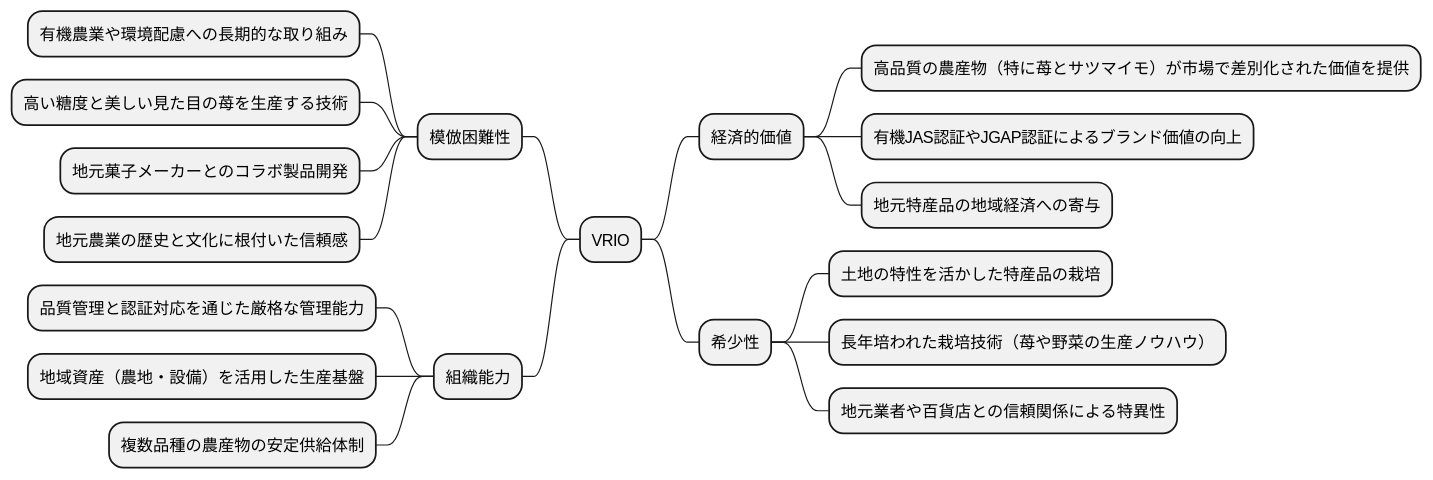
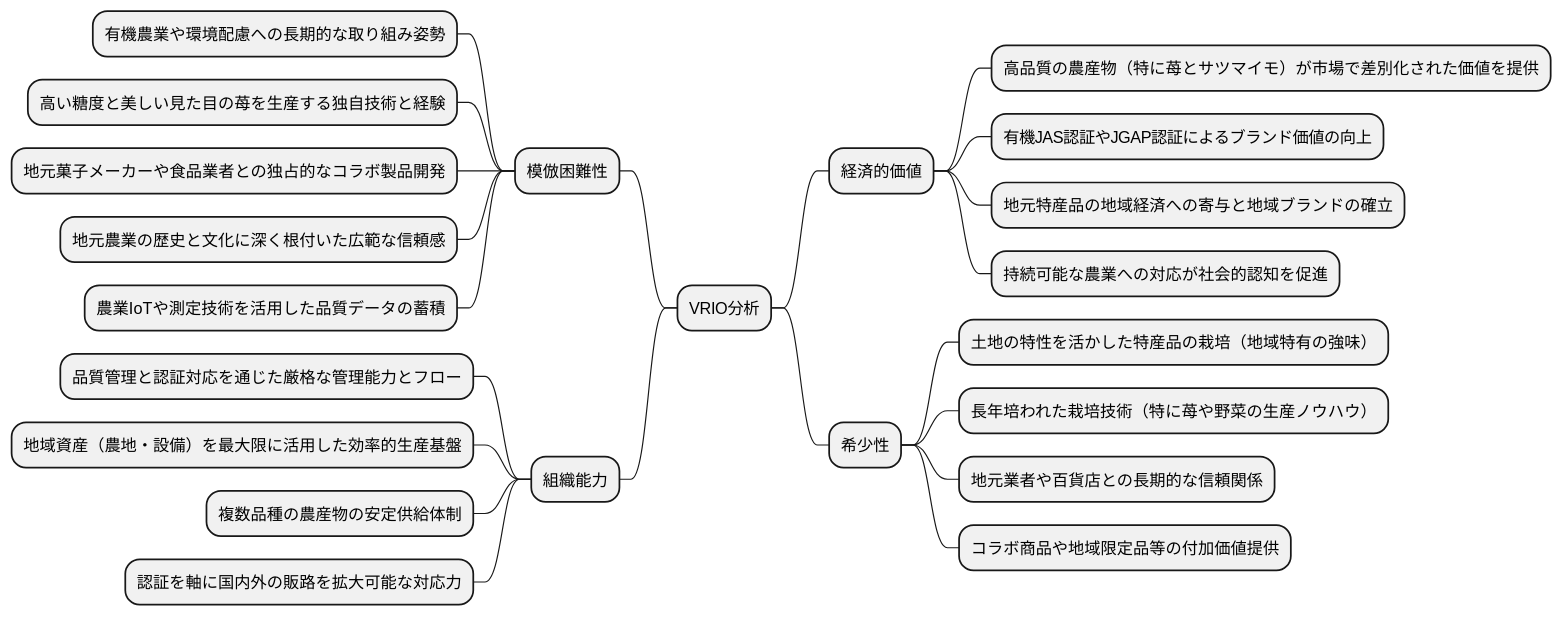
The fourth of 19 diagrams in docs/case/r04_case_1.adoc (k2works/case-study-business-analysis), drawn with PlantUML before and after one commit. The commit also changed other lines of this file, not shown here.

```diff
--- a/docs/case/r04_case_1.adoc
+++ b/docs/case/r04_case_1.adoc
@@ -171,26 +205,30 @@
 [plantuml]
 ----
 @startmindmap
 
-* VRIO
+* VRIO分析
 ** 経済的価値
 *** 高品質の農産物（特に苺とサツマイモ）が市場で差別化された価値を提供
 *** 有機JAS認証やJGAP認証によるブランド価値の向上
-*** 地元特産品の地域経済への寄与
+*** 地元特産品の地域経済への寄与と地域ブランドの確立
+*** 持続可能な農業への対応が社会的認知を促進
 ** 希少性
-*** 土地の特性を活かした特産品の栽培
-*** 長年培われた栽培技術（苺や野菜の生産ノウハウ）
-*** 地元業者や百貨店との信頼関係による特異性
+*** 土地の特性を活かした特産品の栽培（地域特有の強味）
+*** 長年培われた栽培技術（特に苺や野菜の生産ノウハウ）
+*** 地元業者や百貨店との長期的な信頼関係
+*** コラボ商品や地域限定品等の付加価値提供
 left side
 ** 模倣困難性
-*** 有機農業や環境配慮への長期的な取り組み
-*** 高い糖度と美しい見た目の苺を生産する技術
-*** 地元菓子メーカーとのコラボ製品開発
-*** 地元農業の歴史と文化に根付いた信頼感
+*** 有機農業や環境配慮への長期的な取り組み姿勢
+*** 高い糖度と美しい見た目の苺を生産する独自技術と経験
+*** 地元菓子メーカーや食品業者との独占的なコラボ製品開発
+*** 地元農業の歴史と文化に深く根付いた広範な信頼感
+*** 農業IoTや測定技術を活用した品質データの蓄積
 ** 組織能力
-*** 品質管理と認証対応を通じた厳格な管理能力
-*** 地域資産（農地・設備）を活用した生産基盤
+*** 品質管理と認証対応を通じた厳格な管理能力とフロー
+*** 地域資産（農地・設備）を最大限に活用した効率的生産基盤
 *** 複数品種の農産物の安定供給体制
+*** 認証を軸に国内外の販路を拡大可能な対応力
 
 @endmindmap
 ----
```
